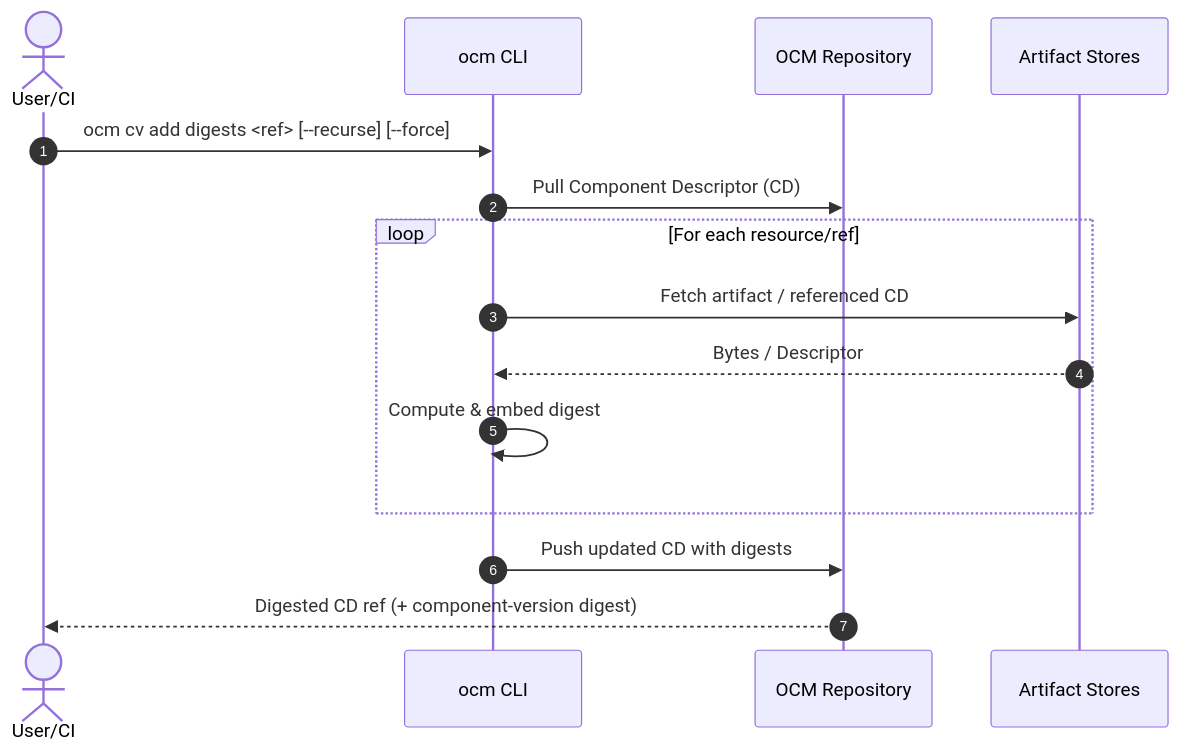
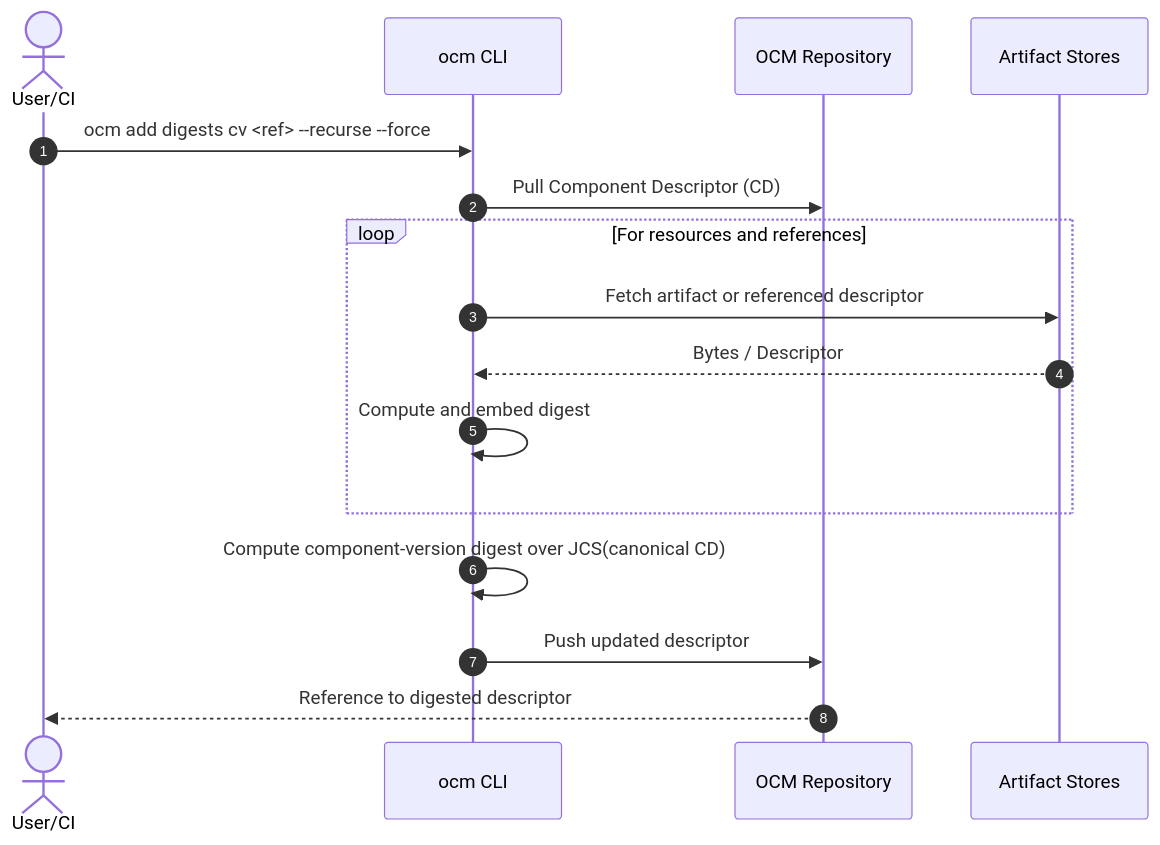
One commit to open-component-model/open-component-model changed the first of 2 diagrams in docs/adr/0008_signing_verification.md. Above: the diagram before and after it, drawn with Mermaid. The commit also changed other lines of this file, not shown here.

````diff
--- a/docs/adr/0008_signing_verification.md
+++ b/docs/adr/0008_signing_verification.md
@@ -176,18 +131,19 @@
 ```mermaid
 sequenceDiagram
   autonumber
   actor U as User/CI
   participant C as ocm CLI
   participant R as OCM Repository
   participant A as Artifact Stores
 
-  U->>C: ocm cv add digests <ref> [--recurse] [--force]
+  U->>C: ocm add digests cv <ref> --recurse --force
   C->>R: Pull Component Descriptor (CD)
-  loop For each resource/ref
-    C->>A: Fetch artifact / referenced CD
+  loop For resources and references
+    C->>A: Fetch artifact or referenced descriptor
     A-->>C: Bytes / Descriptor
-    C->>C: Compute & embed digest
+    C->>C: Compute and embed digest
   end
-  C->>R: Push updated CD with digests
-  R-->>U: Digested CD ref (+ component-version digest)
+  C->>C: Compute component-version digest over JCS(canonical CD)
+  C->>R: Push updated descriptor
+  R-->>U: Reference to digested descriptor
 ```
````
